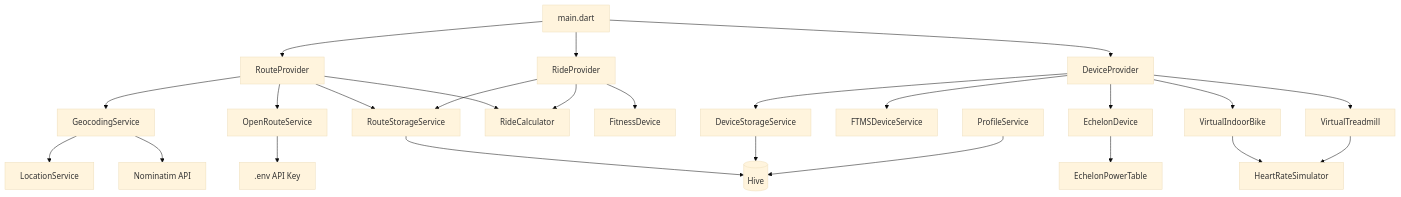
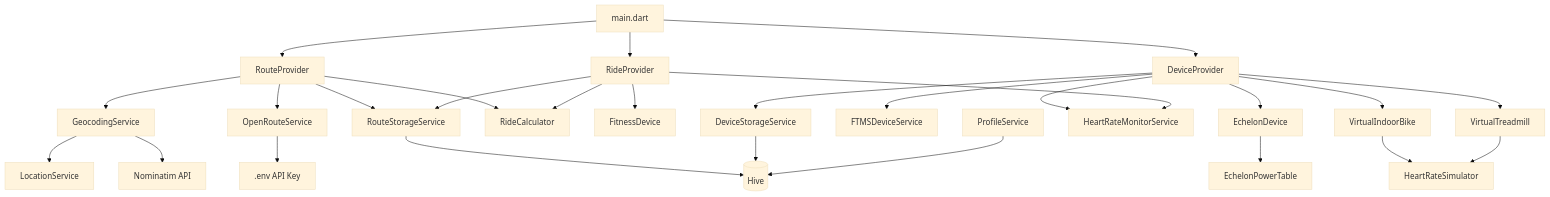
The sixth of 7 diagrams in docs/architecture.md (jackxuhong/free_ride), drawn with Mermaid (base theme) before and after one commit. The commit also changed other lines of this file and 20 other files, not shown here.

First line of the commit message:
feat: Add Heart Rate Monitor support and related functionality

````diff
--- a/docs/architecture.md
+++ b/docs/architecture.md
@@ -202,34 +203,37 @@
 ```mermaid
 graph TD
     main[main.dart] --> RP[RouteProvider]
     main --> RIP[RideProvider]
     main --> DP[DeviceProvider]
 
     RP --> GCS[GeocodingService]
     RP --> ORS[OpenRouteService]
     RP --> RSS[RouteStorageService]
     RP --> RC[RideCalculator]
 
     RIP --> RC
     RIP --> RSS
     RIP --> FD[FitnessDevice]
 
     DP --> DSS[DeviceStorageService]
     DP --> FTMS[FTMSDeviceService]
     DP --> ECH[EchelonDevice]
+    DP --> HRMS[HeartRateMonitorService]
     DP --> VB[VirtualIndoorBike]
     DP --> VT[VirtualTreadmill]
+
+    RIP --> HRMS
 
     VB --> HRS[HeartRateSimulator]
     VT --> HRS
     ECH --> EPT[EchelonPowerTable]
 
     GCS --> LS[LocationService]
 
     RSS --> HIVE[(Hive)]
     DSS --> HIVE
     PRS[ProfileService] --> HIVE
 
     ORS --> ENV[.env API Key]
     GCS --> NOM[Nominatim API]
 ```
````
